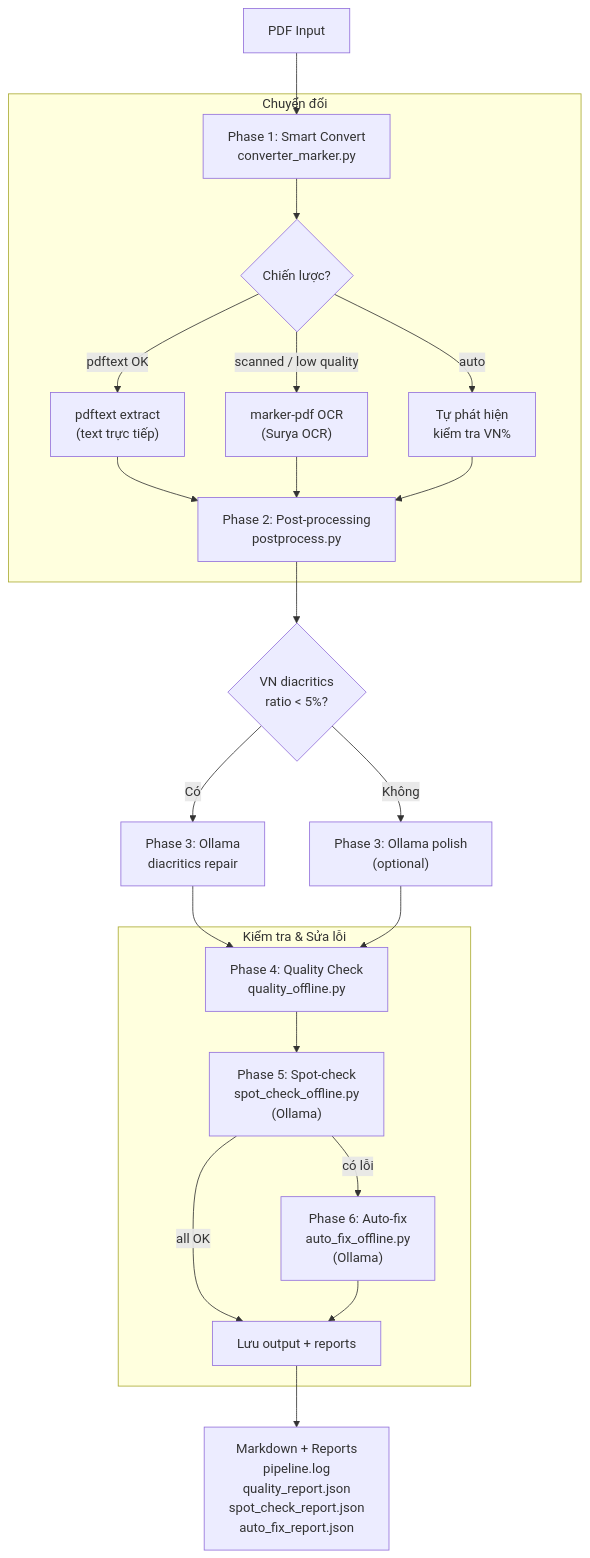
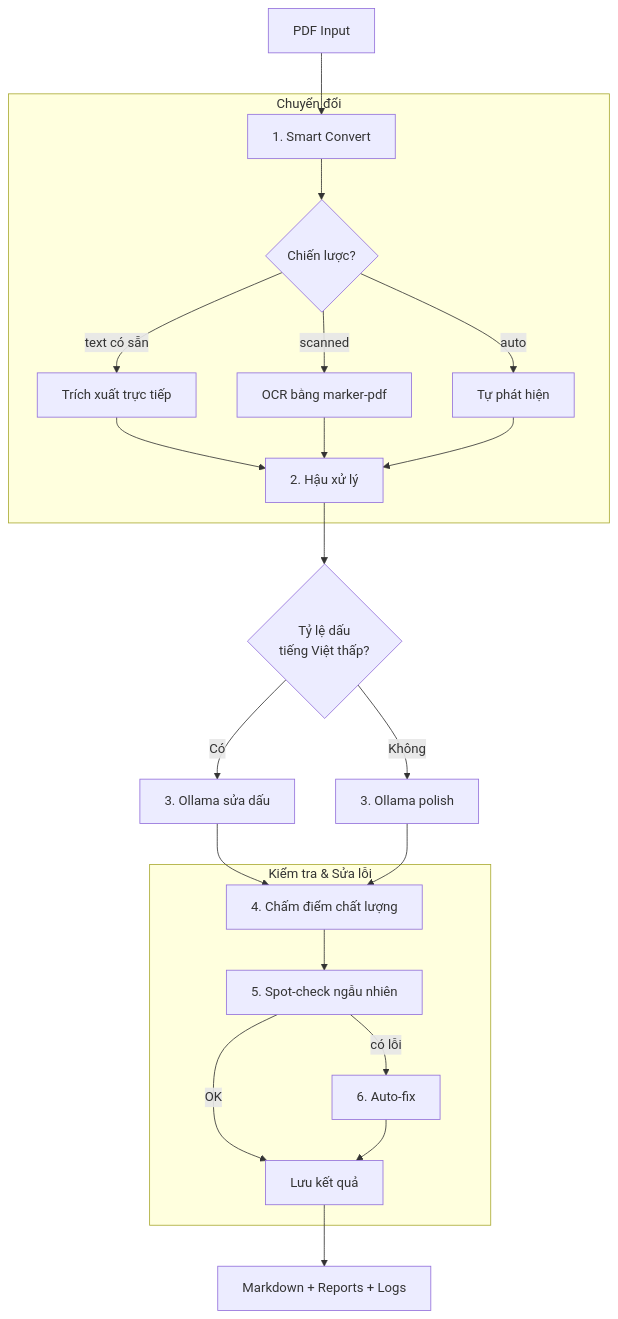
Before and after one commit to PVN-Organization/PDF-to-MD: the third of 4 diagrams in README.md, drawn with Mermaid. The commit also changed other lines of this file and 352 other files, not shown here.

First line of the commit message:
Clean up repo: remove junk files, add README with pipeline flowcharts

````diff
--- a/README.md
+++ b/README.md
@@ -159,36 +172,36 @@
 ```mermaid
 flowchart TD
     PDF[PDF Input] --> P1
 
     subgraph conversion [Chuyển đổi]
-        P1["Phase 1: Smart Convert<br/>converter_marker.py"]
+        P1["1. Smart Convert"]
         P1 --> Strategy{Chiến lược?}
 
-        Strategy -->|pdftext OK| DirectExtract["pdftext extract<br/>(text trực tiếp)"]
-        Strategy -->|scanned / low quality| MarkerOCR["marker-pdf OCR<br/>(Surya OCR)"]
-        Strategy -->|auto| AutoDetect["Tự phát hiện<br/>kiểm tra VN%"]
+        Strategy -->|"text có sẵn"| DirectExtract["Trích xuất trực tiếp"]
+        Strategy -->|"scanned"| MarkerOCR["OCR bằng marker-pdf"]
+        Strategy -->|"auto"| AutoDetect["Tự phát hiện"]
 
         DirectExtract --> P2
         MarkerOCR --> P2
         AutoDetect --> P2
     end
 
-    P2["Phase 2: Post-processing<br/>postprocess.py"] --> VNCheck
+    P2["2. Hậu xử lý"] --> VNCheck
 
-    VNCheck{"VN diacritics<br/>ratio < 5%?"}
-    VNCheck -->|Có| P3["Phase 3: Ollama<br/>diacritics repair"]
-    VNCheck -->|Không| P3b["Phase 3: Ollama polish<br/>(optional)"]
+    VNCheck{"Tỷ lệ dấu<br/>tiếng Việt thấp?"}
+    VNCheck -->|Có| P3["3. Ollama sửa dấu"]
+    VNCheck -->|Không| P3b["3. Ollama polish"]
     P3 --> P4
     P3b --> P4
 
     subgraph checks [Kiểm tra & Sửa lỗi]
-        P4["Phase 4: Quality Check<br/>quality_offline.py"]
-        P4 --> P5["Phase 5: Spot-check<br/>spot_check_offline.py<br/>(Ollama)"]
-        P5 -->|"có lỗi"| P6["Phase 6: Auto-fix<br/>auto_fix_offline.py<br/>(Ollama)"]
-        P5 -->|"all OK"| Save
+        P4["4. Chấm điểm chất lượng"]
+        P4 --> P5["5. Spot-check ngẫu nhiên"]
+        P5 -->|"có lỗi"| P6["6. Auto-fix"]
+        P5 -->|"OK"| Save
     end
 
-    P6 --> Save["Lưu output + reports"]
+    P6 --> Save["Lưu kết quả"]
 
-    Save --> Output["Markdown + Reports<br/>pipeline.log<br/>quality_report.json<br/>spot_check_report.json<br/>auto_fix_report.json"]
+    Save --> Output["Markdown + Reports + Logs"]
 ```
````
